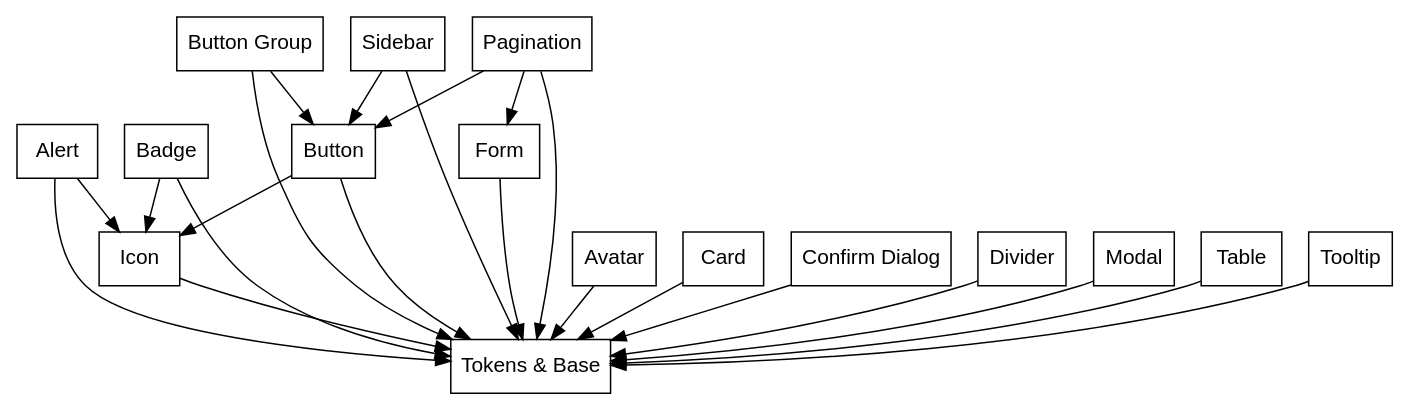
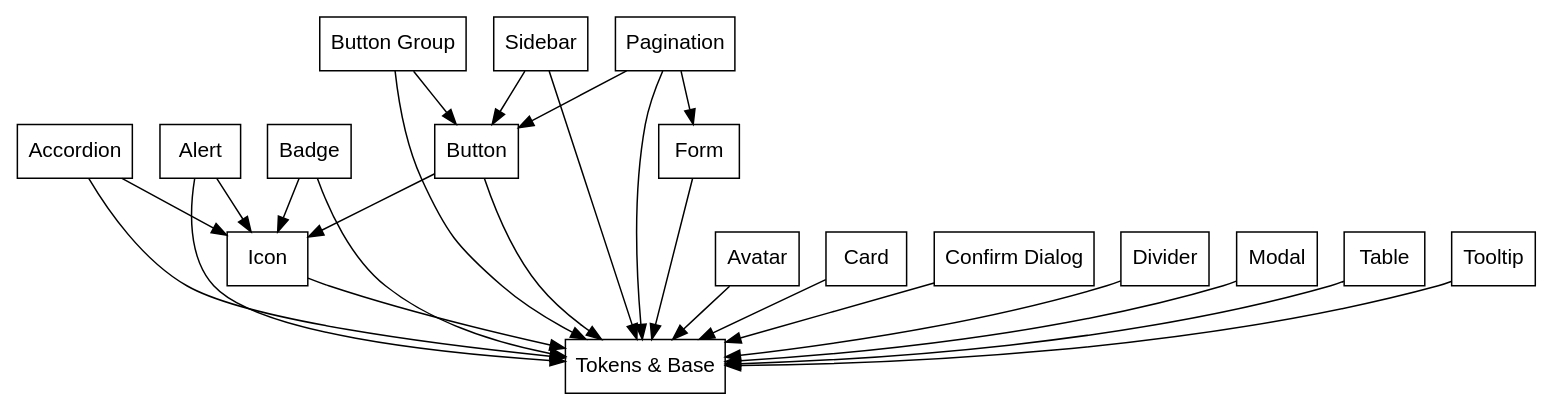
The diagram in tools/generate-graph.dot (RoleModel/optics), drawn with Graphviz before and after one commit. The commit also changed 6 other files, not shown here.

```diff
--- a/tools/generate-graph.dot
+++ b/tools/generate-graph.dot
@@ -1,35 +1,39 @@
 digraph dependencies {
   fontname = "Helvetica,Arial,sans-serif";
   node [fontname = "Helvetica,Arial,sans-serif";];
   edge [fontname = "Helvetica,Arial,sans-serif";];
   node [shape = box;];
   "Tokens & Base";
+  
+  "Accordion" -> "Tokens & Base";
+  "Accordion" -> "Icon";
+  
   "Alert" -> "Tokens & Base";
   "Alert" -> "Icon";
   
   "Badge" -> "Tokens & Base";
   "Badge" -> "Icon";
   
   "Button" -> "Tokens & Base";
   "Button" -> "Icon";
   
   "Button Group" -> "Tokens & Base";
   "Button Group" -> "Button";
   
   "Sidebar" -> "Tokens & Base";
   "Sidebar" -> "Button";
   
   "Pagination" -> "Button";
   "Pagination" -> "Form";
   "Pagination" -> "Tokens & Base";
   
   "Avatar" -> "Tokens & Base";
   "Card" -> "Tokens & Base";
   "Confirm Dialog" -> "Tokens & Base";
   "Divider" -> "Tokens & Base";
   "Form" -> "Tokens & Base";
   "Icon" -> "Tokens & Base";
   "Modal" -> "Tokens & Base";
   "Table" -> "Tokens & Base";
   "Tooltip" -> "Tokens & Base";
 }
```
